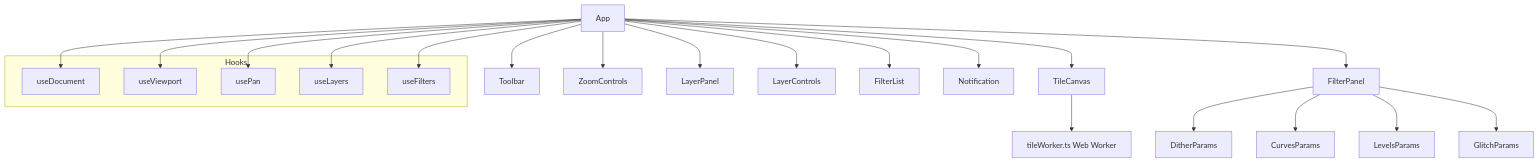
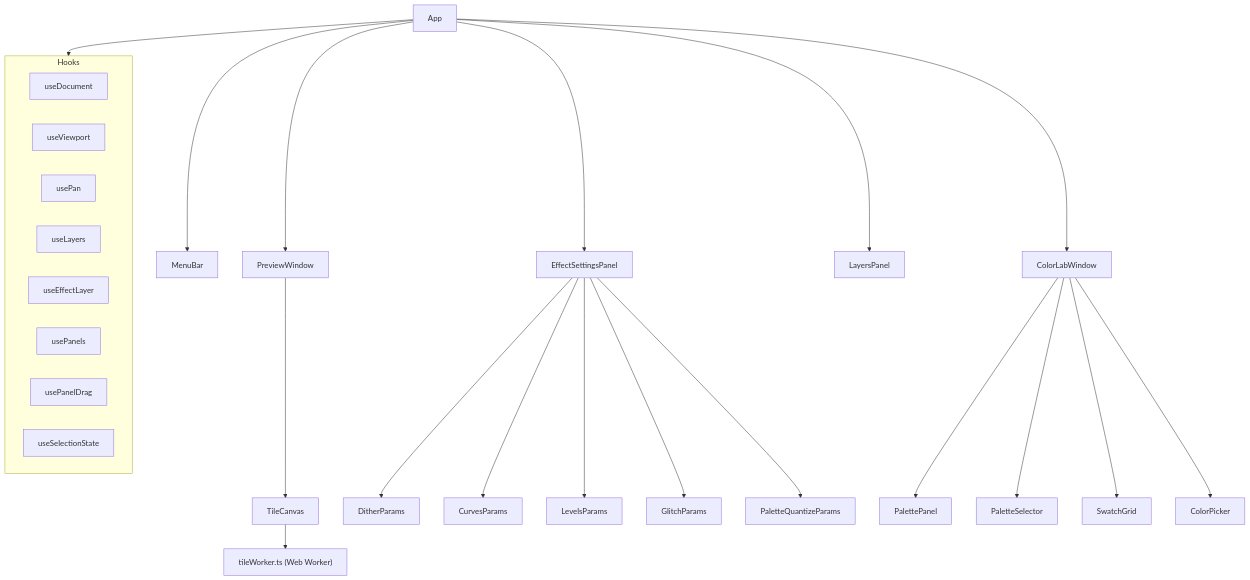
The fifth of 9 diagrams in ARCHITECTURE.md (edrdavid1/dith-yuki), drawn with Mermaid before and after one commit. The commit also changed other lines of this file and 317 other files, not shown here.

First line of the commit message:
feat: MVP 2 — Color Lab, dither redesign, dockable panels, GPU path

````diff
--- a/ARCHITECTURE.md
+++ b/ARCHITECTURE.md
@@ -910,32 +1028,35 @@
 ```mermaid
 graph TD
-    App --> Toolbar
-    App --> TileCanvas
-    App --> ZoomControls
-    App --> LayerPanel
-    App --> LayerControls
-    App --> FilterList
-    App --> FilterPanel
-    App --> Notification
+    App --> MenuBar
+    App --> PreviewWindow
+    App --> EffectSettingsPanel
+    App --> LayersPanel
+    App --> ColorLabWindow
 
-    TileCanvas --> tileWorker[tileWorker.ts Web Worker]
+    PreviewWindow --> TileCanvas
+    TileCanvas --> tileWorker["tileWorker.ts (Web Worker)"]
 
-    FilterPanel --> DitherParams
-    FilterPanel --> CurvesParams
-    FilterPanel --> LevelsParams
-    FilterPanel --> GlitchParams
+    EffectSettingsPanel --> DitherParams
+    EffectSettingsPanel --> CurvesParams
+    EffectSettingsPanel --> LevelsParams
+    EffectSettingsPanel --> GlitchParams
+    EffectSettingsPanel --> PaletteQuantizeParams
+
+    ColorLabWindow --> PalettePanel
+    ColorLabWindow --> PaletteSelector
+    ColorLabWindow --> SwatchGrid
+    ColorLabWindow --> ColorPicker
 
     subgraph Hooks
         useDocument
         useViewport
         usePan
         useLayers
-        useFilters
+        useEffectLayer
+        usePanels
+        usePanelDrag
+        useSelectionState
     end
 
-    App --> useDocument
-    App --> useViewport
-    App --> usePan
-    App --> useLayers
-    App --> useFilters
+    App --> Hooks
 ```
````
